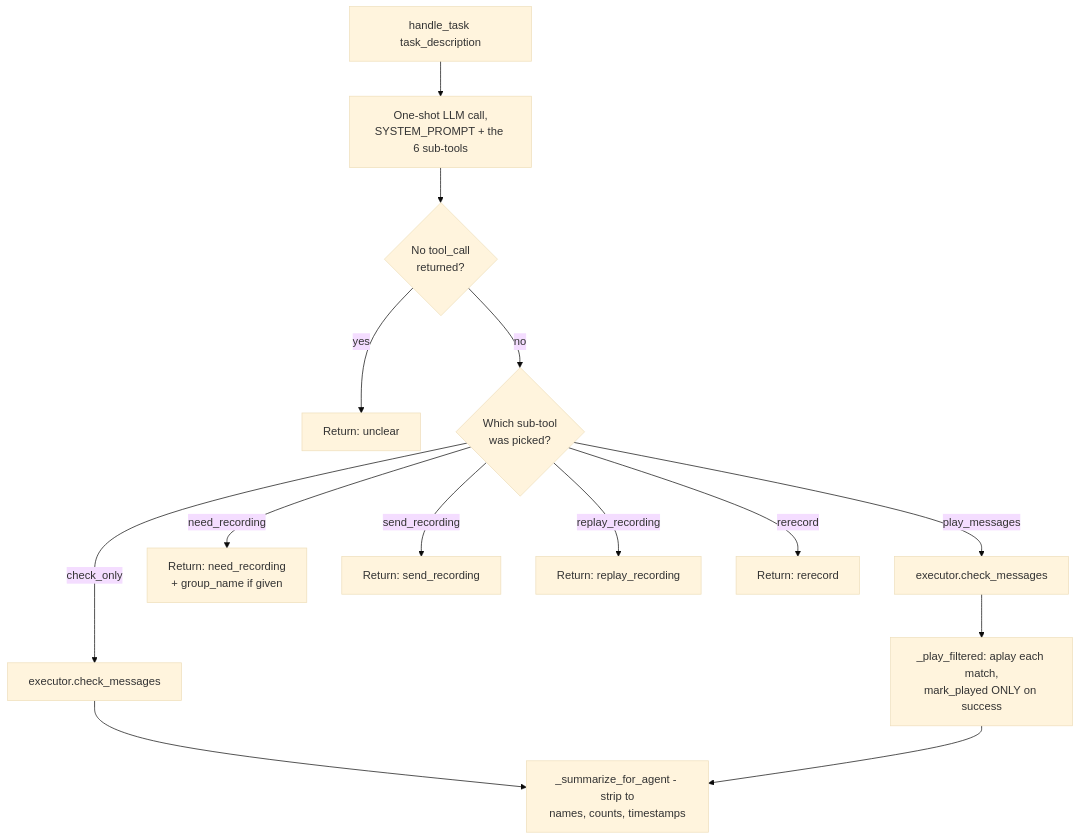
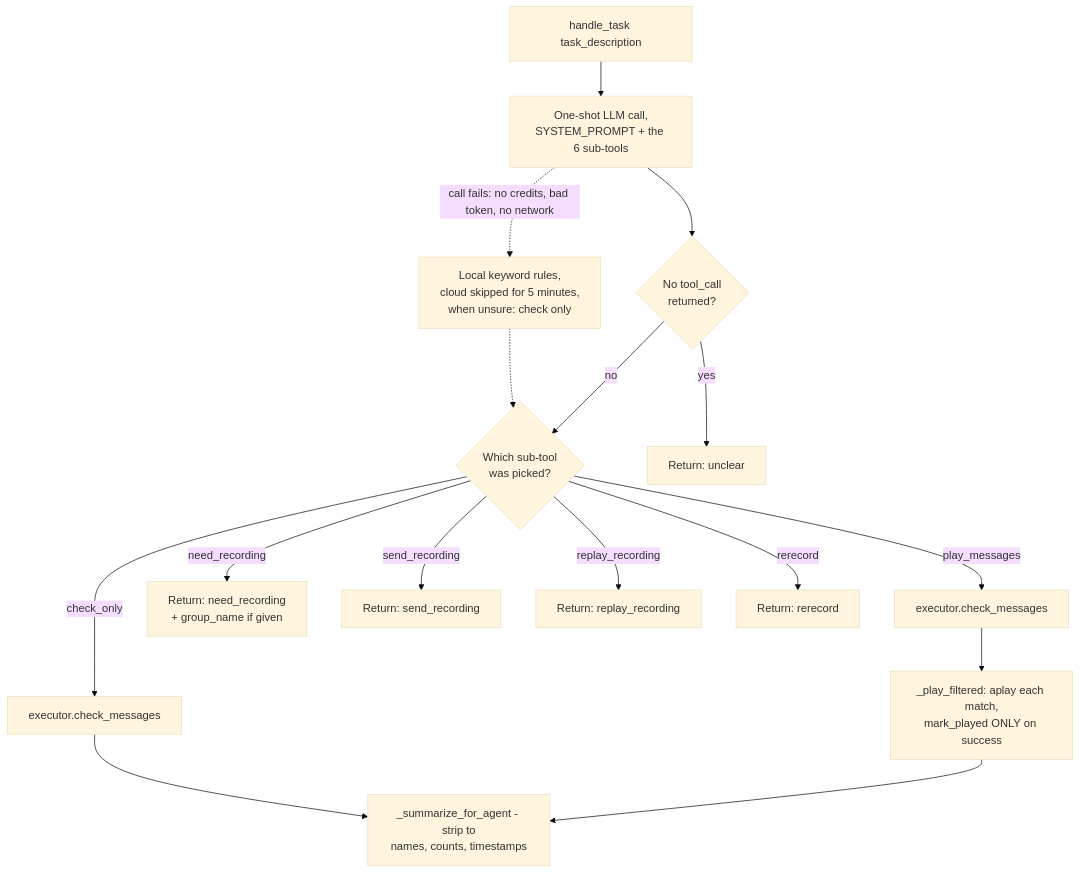
Before and after one commit to betiana688/lola-bla: the sixth of 9 diagrams in docs/architecture/conversation-app.md, drawn with Mermaid (base theme). The commit also changed other lines of this file and 5 other files, not shown here.

Commit message:
Docs: install flow, database reference, conversation app diagrams, Story 3 status; open point on unlink order

````diff
--- a/docs/architecture/conversation-app.md
+++ b/docs/architecture/conversation-app.md
@@ -124,16 +128,18 @@
 ```mermaid
 flowchart TD
     A[handle_task task_description] --> B[One-shot LLM call,<br/>SYSTEM_PROMPT + the 6 sub-tools]
+    B -.->|call fails: no credits, bad token, no network| FB[Local keyword rules,<br/>cloud skipped for 5 minutes,<br/>when unsure: check only]
+    FB -.-> E
     B --> C{No tool_call<br/>returned?}
     C -->|yes| D[Return: unclear]
     C -->|no| E{Which sub-tool<br/>was picked?}
     E -->|check_only| F[executor.check_messages]
     F --> G[_summarize_for_agent - strip to<br/>names, counts, timestamps]
     E -->|play_messages| H[executor.check_messages]
     H --> I[_play_filtered: aplay each match,<br/>mark_played ONLY on success]
     I --> G
     E -->|need_recording| J[Return: need_recording<br/>+ group_name if given]
     E -->|send_recording| K[Return: send_recording]
     E -->|replay_recording| L[Return: replay_recording]
     E -->|rerecord| M[Return: rerecord]
 ```
````
